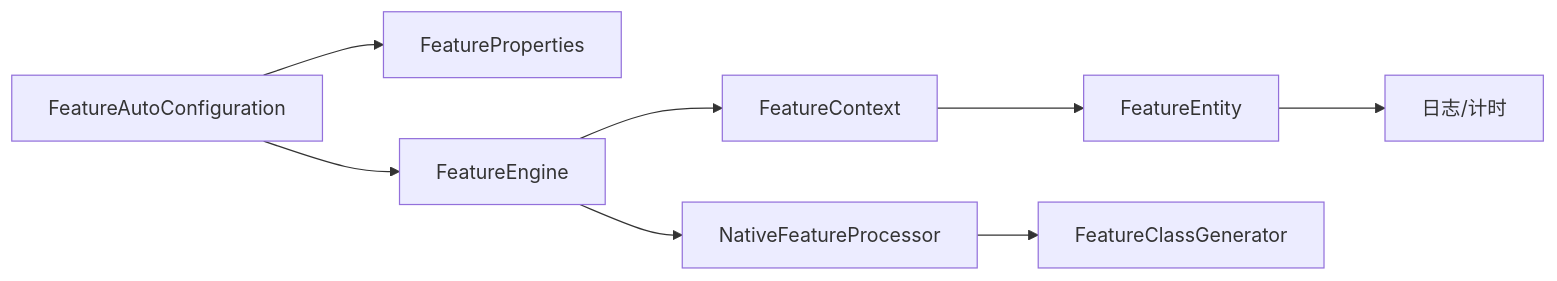
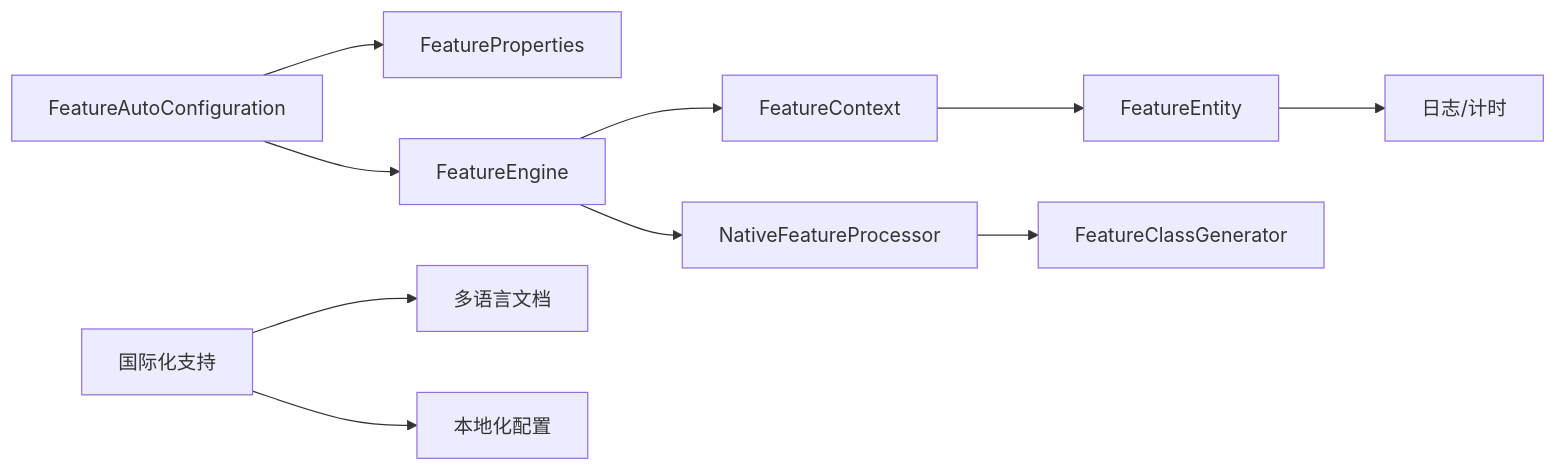
One commit to txzhanghuan/feature changed the fourth of 4 diagrams in .qoder/repowiki/zh/content/部署与运维.md. Above: the diagram before and after it, drawn with Mermaid. The commit also changed other lines of this file and 18 other files, not shown here.

````diff
--- a/.qoder/repowiki/zh/content/部署与运维.md
+++ b/.qoder/repowiki/zh/content/部署与运维.md
@@ -199,10 +218,12 @@
 ```mermaid
 graph LR
 Auto["FeatureAutoConfiguration"] --> Props["FeatureProperties"]
 Auto --> Eng["FeatureEngine"]
 Eng --> Ctx["FeatureContext"]
 Ctx --> Ent["FeatureEntity"]
 Eng --> Proc["NativeFeatureProcessor"]
 Proc --> Gen["FeatureClassGenerator"]
 Ent --> Log["日志/计时"]
+I18n["国际化支持"] --> Docs["多语言文档"]
+I18n --> Config["本地化配置"]
 ```
````
